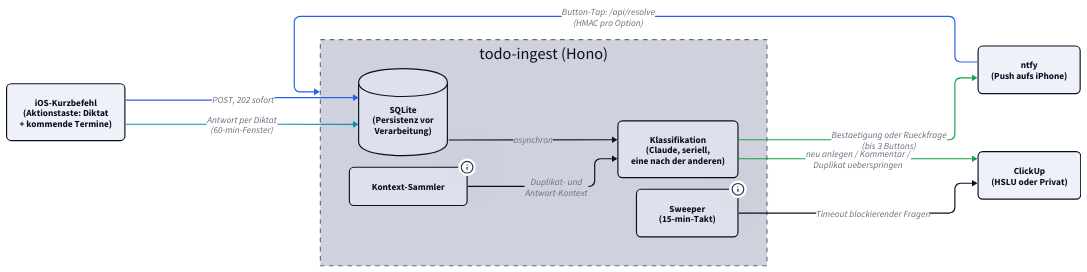
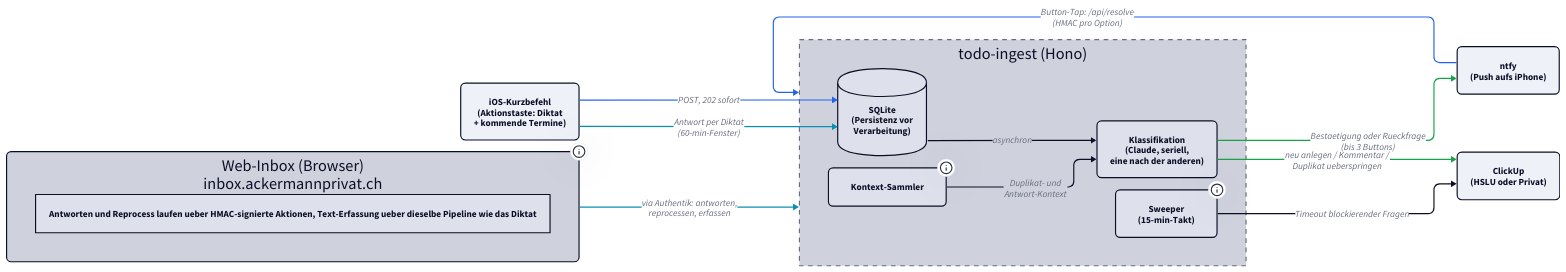
One commit to derever-labs/homelab-wiki changed the first of 2 diagrams in docs/todo-ingest/index.md. Above: the diagram before and after it, drawn with D2. The commit also changed other lines of this file and 1 other file, not shown here.

Commit message:
docs(todo-ingest): Web-Inbox in Architektur, Bedienung und Coverage

````diff
--- a/docs/todo-ingest/index.md
+++ b/docs/todo-ingest/index.md
@@ -31,42 +32,47 @@
 ```d2
 vars: {
   d2-config: {
     theme-id: 1
     layout-engine: elk
   }
 }
 
 classes: {
   node: { style: { border-radius: 8 } }
 }
 
 direction: right
 
 Shortcut: "iOS-Kurzbefehl\n(Aktionstaste: Diktat\n+ kommende Termine)" { class: node }
 
 Ingest: "todo-ingest (Hono)" {
   style.stroke-dash: 4
   DB: "SQLite\n(Persistenz vor\nVerarbeitung)" { shape: cylinder; class: node }
   CTX: "Kontext-Sammler" {
     class: node
     tooltip: Offene Tasks beider Ziel-Listen, soeben angelegte Tasks (24h), offene Rueckfragen (60 min) und mitgeschickte Termine -- als Daten deklariert (Injection-Haertung)
   }
   AI: "Klassifikation\n(Claude, seriell,\neine nach der anderen)" { class: node }
   SWEEP: "Sweeper\n(15-min-Takt)" {
     class: node
     tooltip: Blockierende Rueckfragen laufen nach 4 h in die Privat-Liste (Tag zuordnung-unklar), anreichernde verfallen nach 7 Tagen still
   }
 }
 
 ClickUp: "ClickUp\n(HSLU oder Privat)" { class: node }
 Ntfy: "ntfy\n(Push aufs iPhone)" { class: node }
+Inbox: "Web-Inbox (Browser)\ninbox.ackermannprivat.ch" {
+  class: node
+  tooltip: Eigener Host, nur hinter Authentik (Gruppe admin). Zeigt offene Rueckfragen, zuletzt erstellte Tasks und die Diktat-Historie; Antworten und Reprocess laufen ueber HMAC-signierte Aktionen, Text-Erfassung ueber dieselbe Pipeline wie das Diktat
+}
 
 Shortcut -> Ingest.DB: "POST, 202 sofort" { style.stroke: "#2563eb" }
 Ingest.DB -> Ingest.AI: "asynchron"
 Ingest.CTX -> Ingest.AI: "Duplikat- und\nAntwort-Kontext"
 Ingest.AI -> ClickUp: "neu anlegen / Kommentar /\nDuplikat ueberspringen" { style.stroke: "#16a34a" }
 Ingest.AI -> Ntfy: "Bestaetigung oder Rueckfrage\n(bis 3 Buttons)" { style.stroke: "#16a34a" }
 Ntfy -> Ingest: "Button-Tap: /api/resolve\n(HMAC pro Option)" { style.stroke: "#2563eb" }
 Shortcut -> Ingest.DB: "Antwort per Diktat\n(60-min-Fenster)" { style.stroke: "#0891b2" }
+Inbox -> Ingest: "via Authentik: antworten,\nreprocessen, erfassen" { style.stroke: "#0891b2" }
 Ingest.SWEEP -> ClickUp: "Timeout blockierender Fragen"
 ```
````
